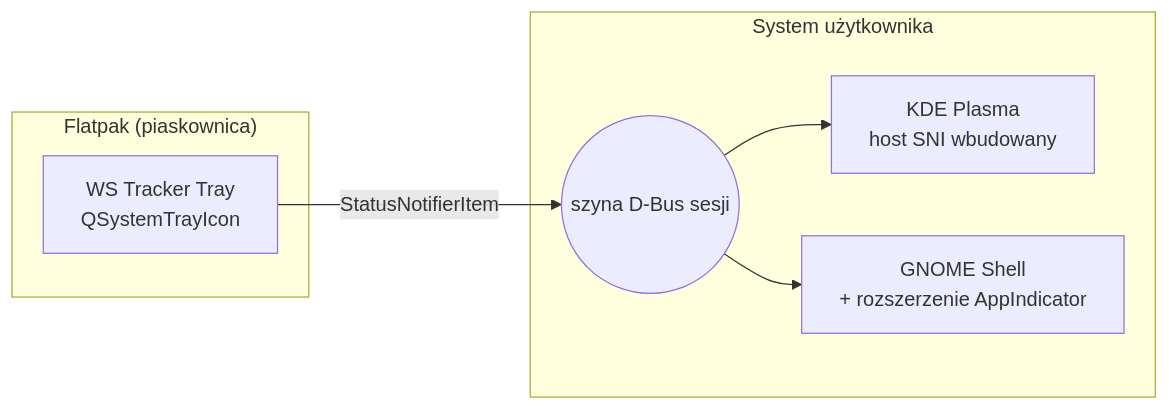
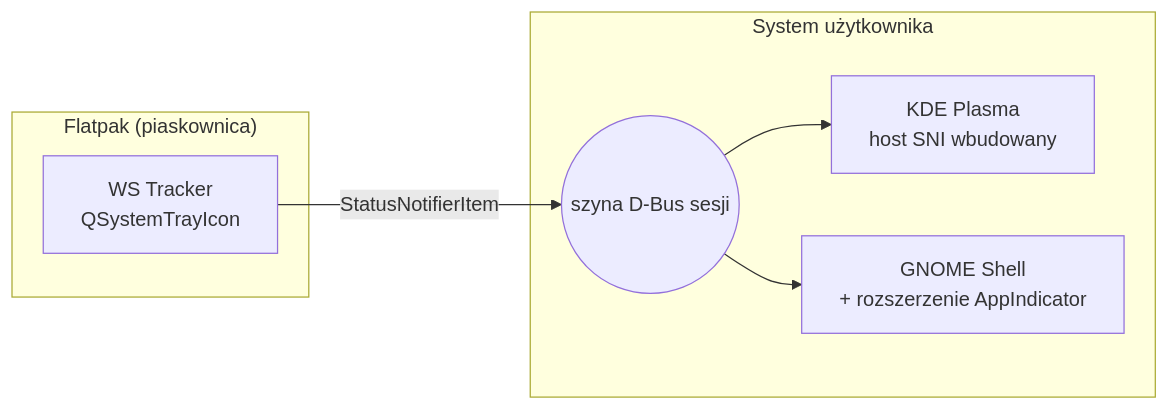
One commit to DragonKing026/DK-Tracker-Linux changed the first of 2 diagrams in docs/integracje/gnome-appindicator.md. Above: the diagram before and after it, drawn with Mermaid. The commit also changed 15 other files, not shown here.

````diff
--- a/docs/integracje/gnome-appindicator.md
+++ b/docs/integracje/gnome-appindicator.md
@@ -50,14 +50,14 @@
 ```mermaid
 flowchart LR
     subgraph flatpak["Flatpak (piaskownica)"]
-        APP[WS Tracker Tray<br/>QSystemTrayIcon]
+        APP[WS Tracker<br/>QSystemTrayIcon]
     end
     subgraph host["System użytkownika"]
         BUS((szyna D-Bus sesji))
         KDE[KDE Plasma<br/>host SNI wbudowany]
         GN[GNOME Shell<br/>+ rozszerzenie AppIndicator]
     end
     APP -- "StatusNotifierItem" --> BUS
     BUS --> KDE
     BUS --> GN
 ```
````
